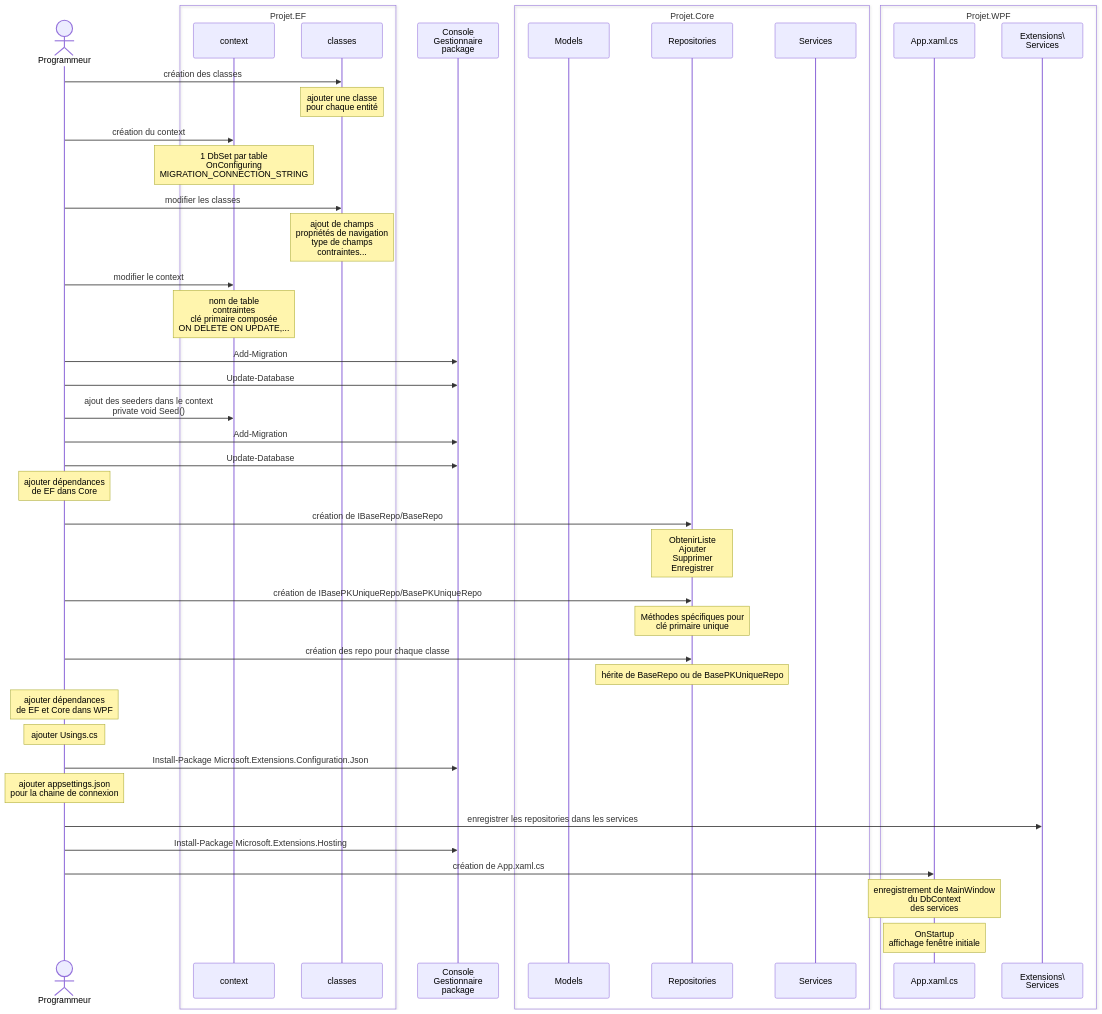
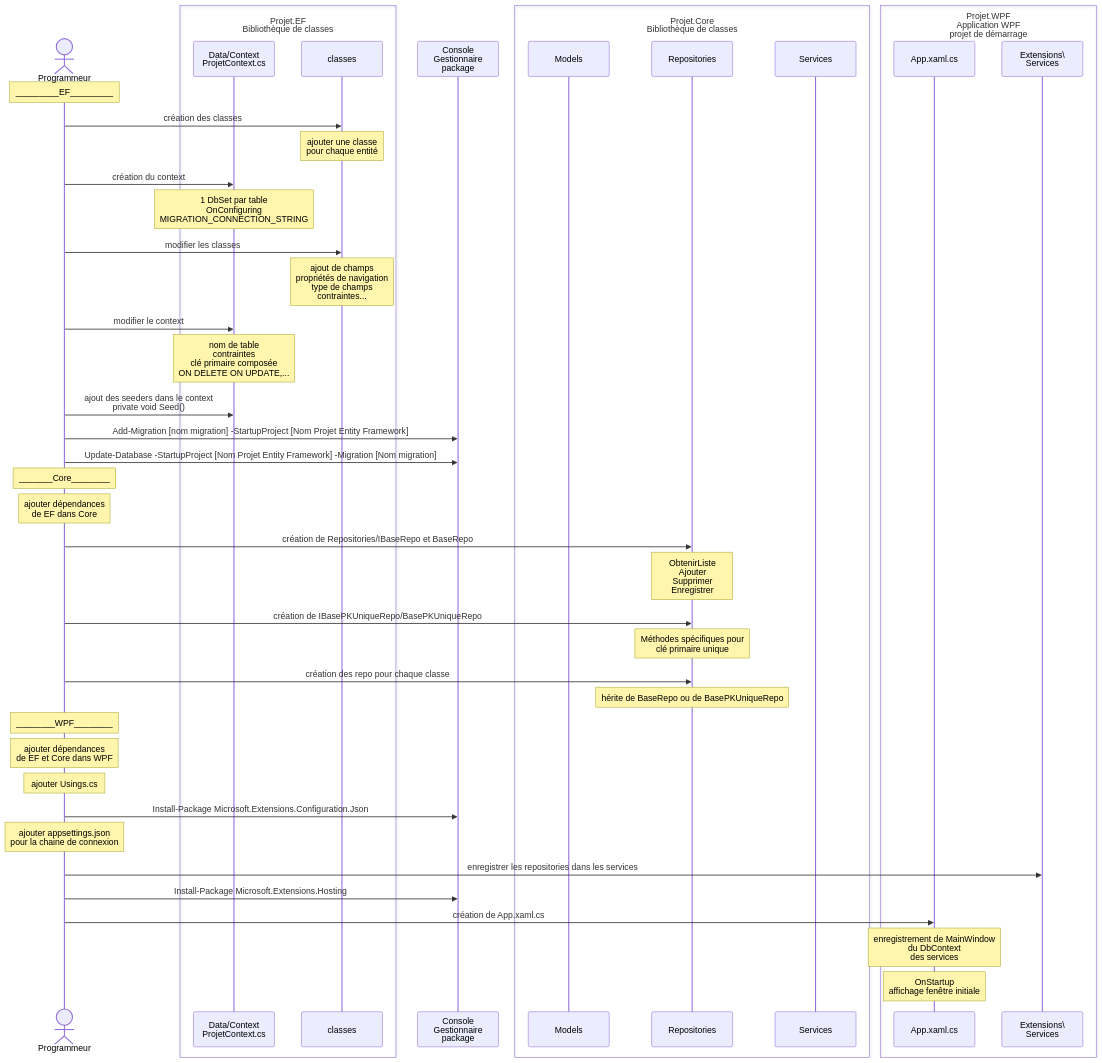
Before and after one commit to BenoitDesrosiers/4N1_2024: the diagram in docs/70-WPF partie 1/wpf_resume.md, drawn with Mermaid. The commit also changed other lines of this file, not shown here.

Commit message:
résumé parti1

````diff
--- a/docs/70-WPF partie 1/wpf_resume.md
+++ b/docs/70-WPF partie 1/wpf_resume.md
@@ -13,51 +13,55 @@
 ```mermaid
 sequenceDiagram
     actor prog as Programmeur
-    box  Projet.EF
-    participant ef_context as context
+    
+    box  Projet.EF<br>Bibliothèque de classes
+    participant ef_context as Data/Context<br>ProjetContext.cs
     participant ef_classe as classes
     end
+    note over prog: _________EF_________
     prog->>ef_classe: création des classes
     note over ef_classe: ajouter une classe<br>pour chaque entité
     prog->>ef_context: création du context
     note over ef_context: 1 DbSet par table<br>OnConfiguring<br>MIGRATION_CONNECTION_STRING
     participant cgp as Console<br>Gestionnaire<br>package
     prog->>ef_classe: modifier les classes
     note over ef_classe: ajout de champs<br>propriétés de navigation<br>type de champs<br>contraintes...
     prog->>ef_context: modifier le context
     note over ef_context: nom de table<br>contraintes<br>clé primaire composée<br>ON DELETE ON UPDATE,...
-    prog->>cgp: Add-Migration
-    prog->>cgp: Update-Database
     prog->>ef_context: ajout des seeders dans le context<br>private void Seed()
-    prog->>cgp: Add-Migration
-    prog->>cgp: Update-Database
+    prog->>cgp: Add-Migration [nom migration] -StartupProject [Nom Projet Entity Framework]
+    prog->>cgp: Update-Database -StartupProject [Nom Projet Entity Framework] -Migration [Nom migration]
 
-    box  Projet.Core
+
+    note over prog: _______Core________
+    box  Projet.Core<br>Bibliothèque de classes
     participant core_model as Models
     participant core_repo as Repositories
     participant core_serv as Services
     end
     note over prog: ajouter dépendances<br>de EF dans Core
-    prog->>core_repo:création de IBaseRepo/BaseRepo
+    prog->>core_repo:création de Repositories/IBaseRepo et BaseRepo
     note over core_repo: ObtenirListe<br>Ajouter<br>Supprimer<br>Enregistrer
     prog->>core_repo:création de IBasePKUniqueRepo/BasePKUniqueRepo
     note over core_repo: Méthodes spécifiques pour<br>clé primaire unique
     prog->>core_repo: création des repo pour chaque classe
     note over core_repo: hérite de BaseRepo ou de BasePKUniqueRepo
 
-    box Projet.WPF
+    note over prog:________WPF________
+    box Projet.WPF<br>Application WPF<br>projet de démarrage
     participant wpf_app as App.xaml.cs 
     participant wpf_serv as Extensions\<br>Services
     end
     note over prog: ajouter dépendances<br>de EF et Core dans WPF
     note over prog: ajouter Usings.cs
     prog->>cgp:Install-Package Microsoft.Extensions.Configuration.Json
     note over prog: ajouter appsettings.json<br>pour la chaine de connexion
     prog->>wpf_serv:enregistrer les repositories dans les services
     prog->>cgp:Install-Package Microsoft.Extensions.Hosting
     prog->>wpf_app:création de App.xaml.cs
     note over wpf_app:enregistrement de MainWindow<br>du DbContext<br>des services
     note over wpf_app:OnStartup<br>affichage fenêtre initiale
-    
+
+
 
 ```
````
